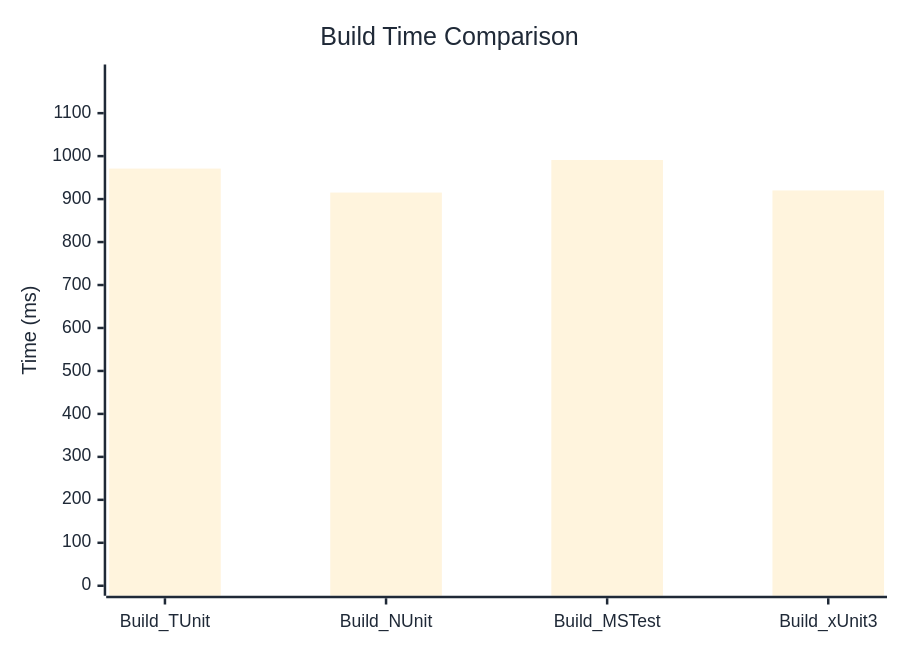
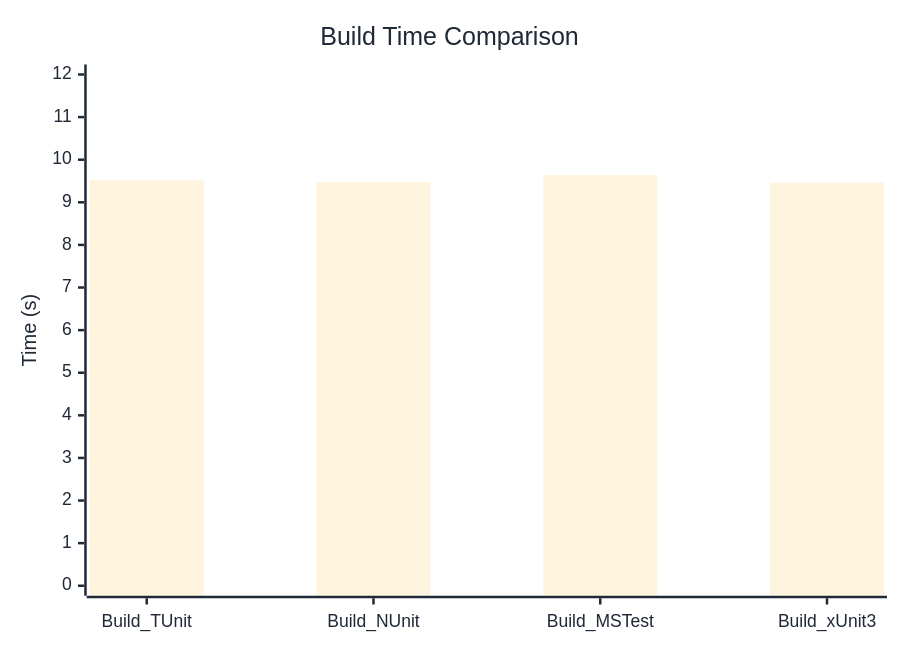
One commit to thomhurst/TUnit changed the diagram in docs/docs/benchmarks/engine/BuildTime.md. Above: the diagram before and after it, drawn with Mermaid. The commit also changed other lines of this file and 18 other files, not shown here.

````diff
--- a/docs/docs/benchmarks/engine/BuildTime.md
+++ b/docs/docs/benchmarks/engine/BuildTime.md
@@ -30,37 +30,37 @@
 ```mermaid
 %%{init: {
   'theme':'base',
   'themeVariables': {
     'primaryColor': '#2563eb',
     'primaryTextColor': '#1f2937',
     'primaryBorderColor': '#1e40af',
     'lineColor': '#6b7280',
     'secondaryColor': '#7c3aed',
     'tertiaryColor': '#dc2626',
     'background': '#ffffff',
     'mainBkg': '#2563eb',
     'secondBkg': '#7c3aed',
     'tertiaryBkg': '#dc2626',
     'clusterBkg': '#f3f4f6',
     'edgeLabelBackground': '#ffffff',
     'tertiaryTextColor': '#1f2937',
     'pie1': '#2563eb',
     'pie2': '#7c3aed',
     'pie3': '#dc2626',
     'pie4': '#f59e0b',
     'pie5': '#10b981',
     'pie6': '#06b6d4',
     'pie7': '#ec4899',
     'pie8': '#6366f1',
     'pie9': '#84cc16',
     'pie10': '#f97316',
     'pie11': '#14b8a6',
     'pie12': '#a855f7'
   }
 }}%%
 xychart-beta
   title "Build Time Comparison"
   x-axis ["Build_TUnit", "Build_NUnit", "Build_MSTest", "Build_xUnit3"]
-  y-axis "Time (ms)" 0 --> 1190
-  bar [971, 915.2, 991, 920.1]
+  y-axis "Time (s)" 0 --> 12
+  bar [9.52, 9.476, 9.64, 9.461]
 ```
````
